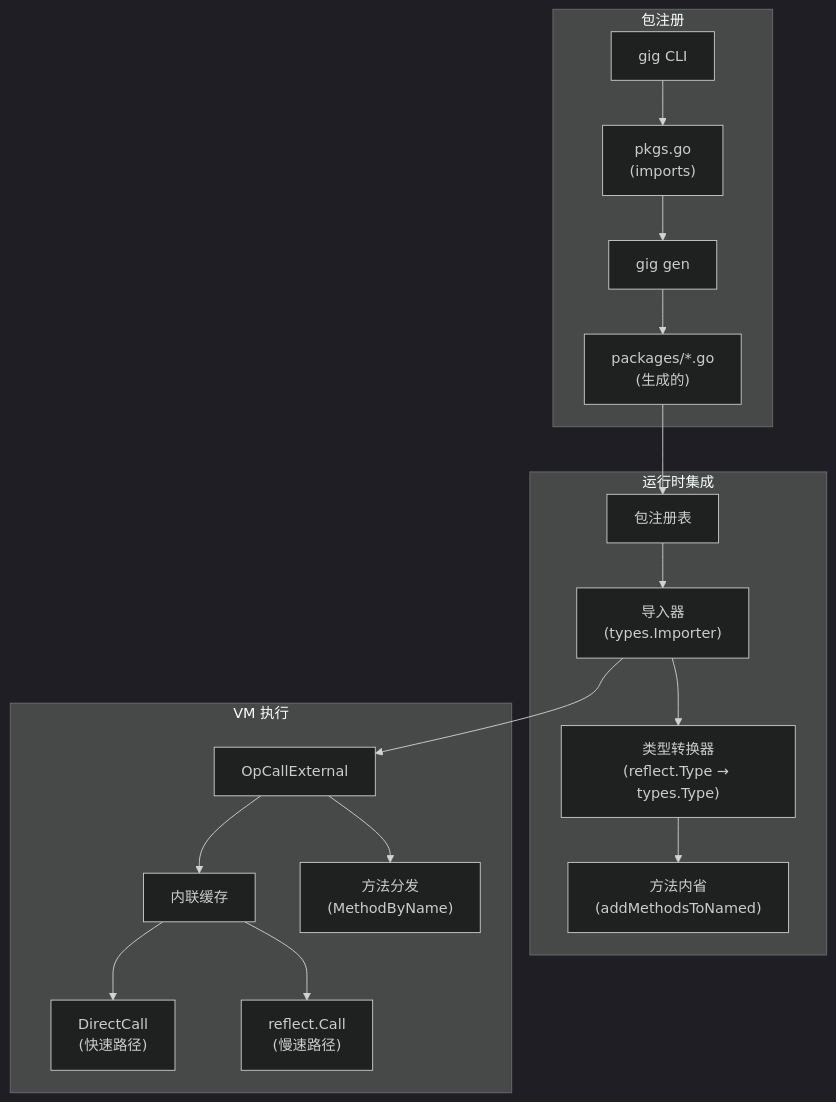
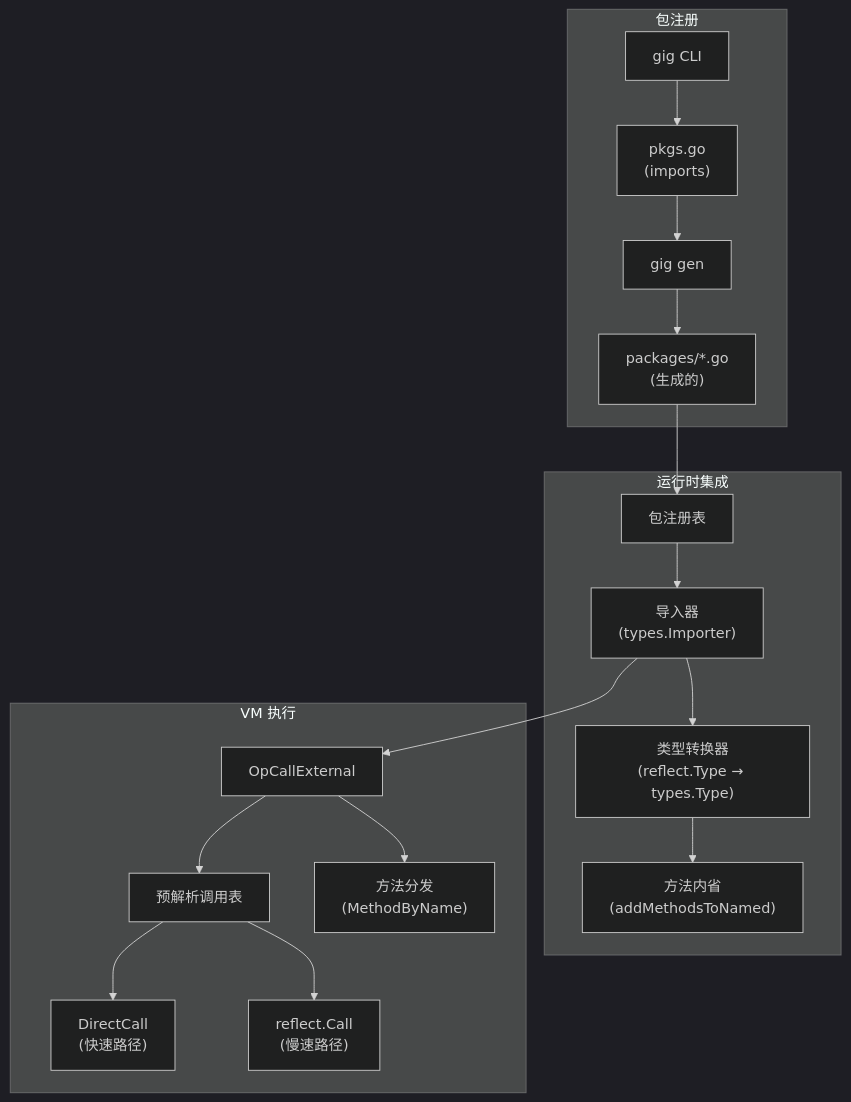
One commit to t04dJ14n9/gig changed the seventh of 7 diagrams in README.md. Above: the diagram before and after it, drawn with Mermaid (dark theme). The commit also changed other lines of this file and 27 other files, not shown here.

````diff
--- a/README.md
+++ b/README.md
@@ -756,34 +778,34 @@
 ```mermaid
 flowchart TB
     subgraph Registration["包注册"]
         CLI["gig CLI"]
         PKGS["pkgs.go<br/>(imports)"]
         GEN["gig gen"]
         GENERATED["packages/*.go<br/>(生成的)"]
     end
 
     subgraph Runtime["运行时集成"]
         REG["包注册表"]
         IMPORT["导入器<br/>(types.Importer)"]
         TYPECONV["类型转换器<br/>(reflect.Type → types.Type)"]
         METHOD["方法内省<br/>(addMethodsToNamed)"]
     end
 
     subgraph Execution["VM 执行"]
         CALL["OpCallExternal"]
-        CACHE["内联缓存"]
+        RESOLVED["预解析调用表"]
         DIRECT["DirectCall<br/>(快速路径)"]
         REFLECT["reflect.Call<br/>(慢速路径)"]
         METHODCALL["方法分发<br/>(MethodByName)"]
     end
 
     CLI --> PKGS --> GEN --> GENERATED
     GENERATED --> REG
     REG --> IMPORT --> TYPECONV --> METHOD
 
     IMPORT --> CALL
-    CALL --> CACHE
-    CACHE --> DIRECT
-    CACHE --> REFLECT
+    CALL --> RESOLVED
+    RESOLVED --> DIRECT
+    RESOLVED --> REFLECT
     CALL --> METHODCALL
 ```
````
